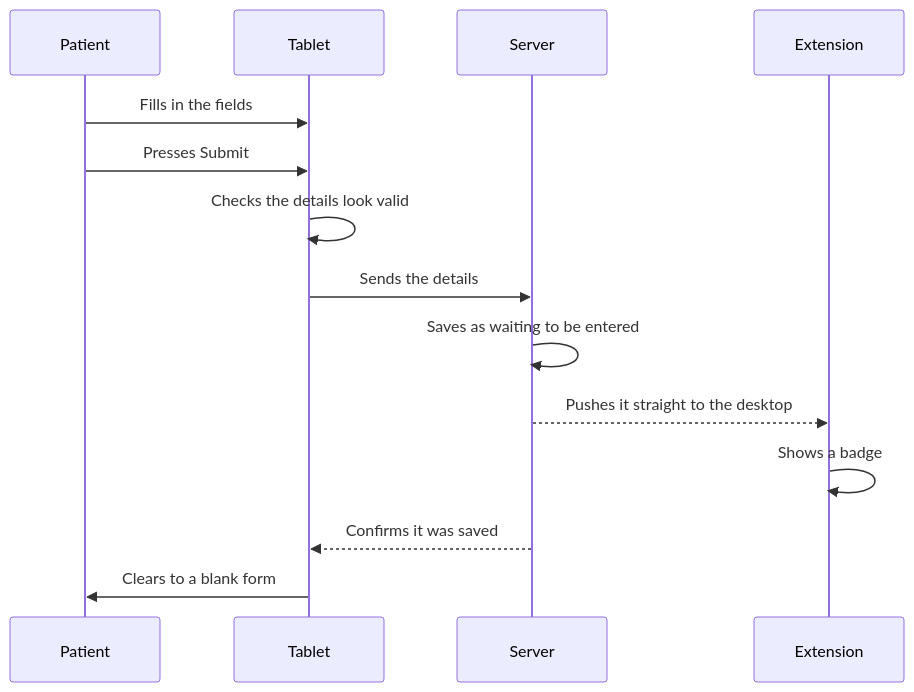
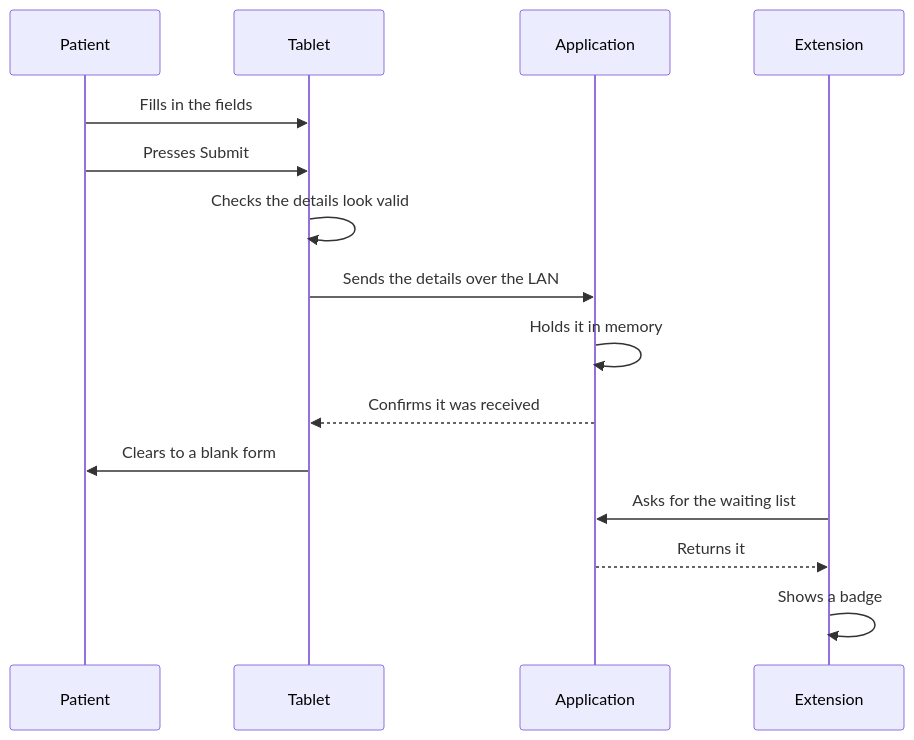
One commit to Vishnu373/asmart-autofill changed the second of 3 diagrams in design.md. Above: the diagram before and after it, drawn with Mermaid. The commit also changed other lines of this file and 33 other files, not shown here.

Commit message:
redesigned architecture, initial setup - depedencies, project folder and files

````diff
--- a/design.md
+++ b/design.md
@@ -144,17 +142,18 @@
 ```mermaid
 sequenceDiagram
     participant P as Patient
     participant T as Tablet
-    participant S as Server
+    participant A as Application
     participant E as Extension
 
     P->>T: Fills in the fields
     P->>T: Presses Submit
     T->>T: Checks the details look valid
-    T->>S: Sends the details
-    S->>S: Saves as waiting to be entered
-    S-->>E: Pushes it straight to the desktop
+    T->>A: Sends the details over the LAN
+    A->>A: Holds it in memory
+    A-->>T: Confirms it was received
+    T->>P: Clears to a blank form
+    E->>A: Asks for the waiting list
+    A-->>E: Returns it
     E->>E: Shows a badge
-    S-->>T: Confirms it was saved
-    T->>P: Clears to a blank form
 ```
````
